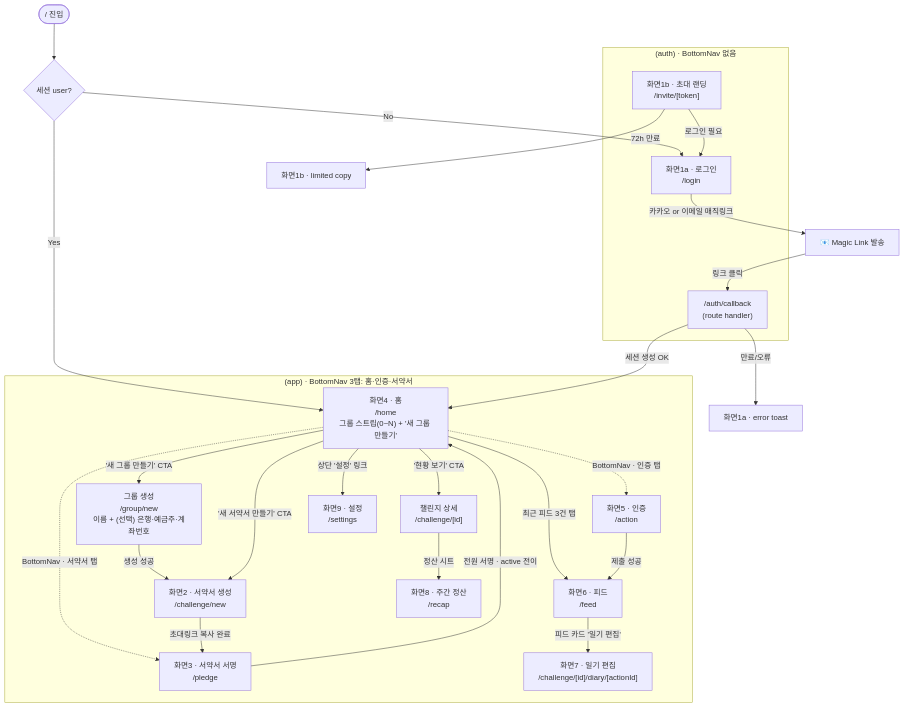
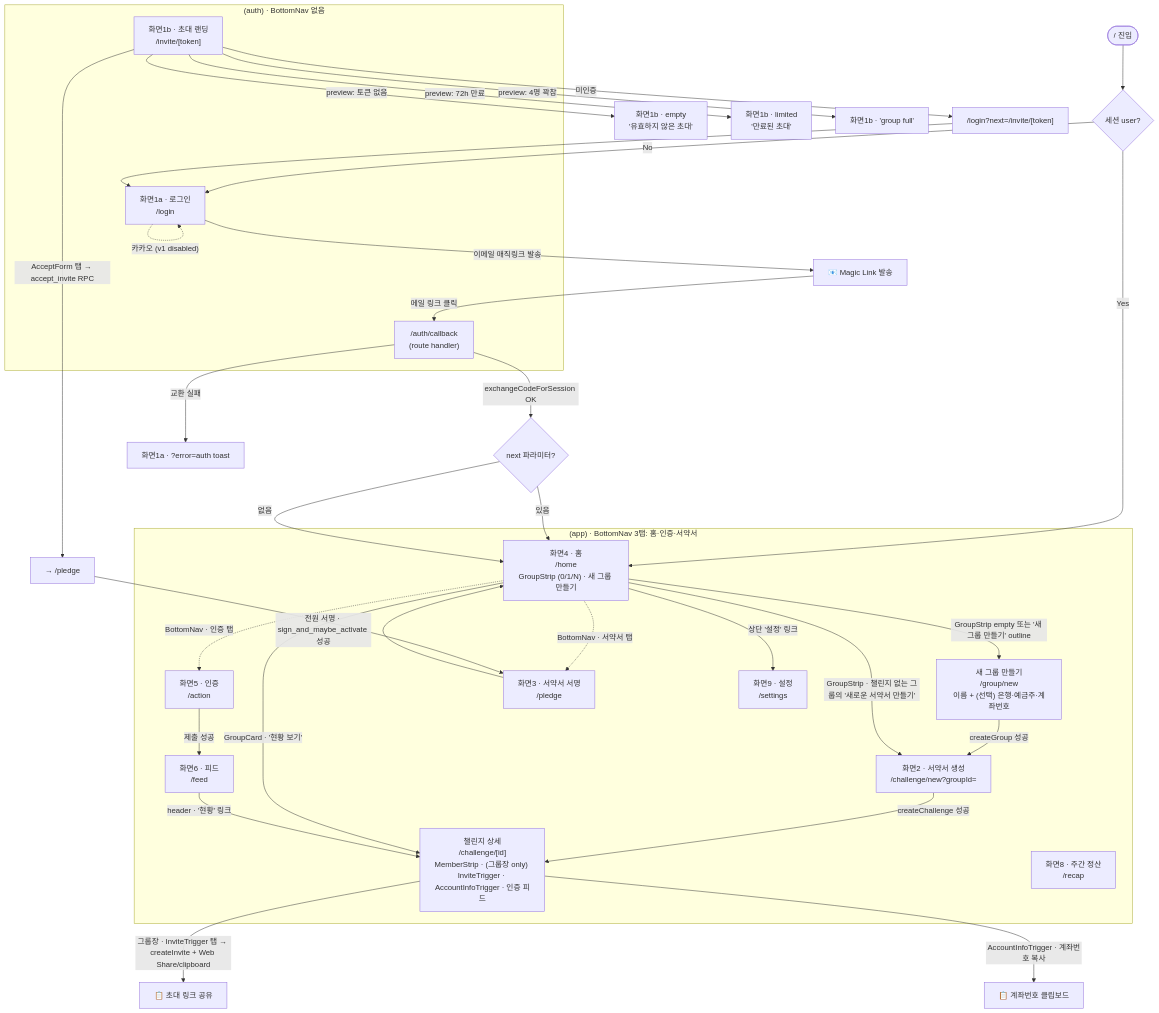
Before and after one commit to pistachio8/with-key-app: the first of 13 diagrams in docs/DESIGN_FLOW.md, drawn with Mermaid. The commit also changed other lines of this file, not shown here.

First line of the commit message:
docs(design-flow): sync v1.1 with multi-group / invite / proxy

````diff
--- a/docs/DESIGN_FLOW.md
+++ b/docs/DESIGN_FLOW.md
@@ -19,48 +28,55 @@
 ```mermaid
 flowchart TD
   Start([/ 진입]) --> RootQ{세션 user?}
   RootQ -->|No| S1a
   RootQ -->|Yes| S4
 
   subgraph Auth["(auth) · BottomNav 없음"]
     S1a["화면1a · 로그인<br/>/login"]
     S1b["화면1b · 초대 랜딩<br/>/invite/[token]"]
     CB["/auth/callback<br/>(route handler)"]
   end
 
-  S1a -- "카카오 or 이메일 매직링크" --> MAIL[📧 Magic Link 발송]
-  MAIL -- "링크 클릭" --> CB
-  CB -- "세션 생성 OK" --> S4
-  CB -- "만료/오류" --> S1aE[화면1a · error toast]
+  S1a -- "이메일 매직링크 발송" --> MAIL[📧 Magic Link 발송]
+  S1a -. "카카오 (v1 disabled)" .-> S1a
+  MAIL -- "메일 링크 클릭" --> CB
+  CB -- "exchangeCodeForSession OK" --> goNext{next 파라미터?}
+  goNext -->|있음| S4
+  goNext -->|없음| S4
+  CB -- "교환 실패" --> S1aE[화면1a · ?error=auth toast]
 
-  S1b -- "로그인 필요" --> S1a
-  S1b -- "72h 만료" --> S1bE[화면1b · limited copy]
+  S1b -- "미인증" --> S1aNext["/login?next=/invite/[token]"]
+  S1aNext --> S1a
+  S1b -- "preview: 토큰 없음" --> S1bEM[화면1b · empty<br/>'유효하지 않은 초대']
+  S1b -- "preview: 72h 만료" --> S1bLT[화면1b · limited<br/>'만료된 초대']
+  S1b -- "preview: 4명 꽉참" --> S1bF[화면1b · 'group full']
+  S1b -- "AcceptForm 탭 → accept_invite RPC" --> goS3pre[→ /pledge]
 
   subgraph App["(app) · BottomNav 3탭: 홈·인증·서약서"]
-    S4["화면4 · 홈<br/>/home<br/>그룹 스트립(0~N) + '새 그룹 만들기'"]
-    SN["그룹 생성<br/>/group/new<br/>이름 + (선택) 은행·예금주·계좌번호"]
+    S4["화면4 · 홈<br/>/home<br/>GroupStrip (0/1/N) · 새 그룹 만들기"]
+    SN["새 그룹 만들기<br/>/group/new<br/>이름 + (선택) 은행·예금주·계좌번호"]
     S5["화면5 · 인증<br/>/action"]
     S3["화면3 · 서약서 서명<br/>/pledge"]
     S6["화면6 · 피드<br/>/feed"]
-    S2["화면2 · 서약서 생성<br/>/challenge/new"]
-    ChD["챌린지 상세<br/>/challenge/[id]"]
-    S7["화면7 · 일기 편집<br/>/challenge/[id]/diary/[actionId]"]
+    S2["화면2 · 서약서 생성<br/>/challenge/new?groupId="]
+    ChD["챌린지 상세<br/>/challenge/[id]<br/>MemberStrip · (그룹장 only) InviteTrigger · AccountInfoTrigger · 인증 피드"]
     S8["화면8 · 주간 정산<br/>/recap"]
     S9["화면9 · 설정<br/>/settings"]
   end
 
   S4 -. "BottomNav · 인증 탭" .-> S5
   S4 -. "BottomNav · 서약서 탭" .-> S3
-  S4 -- "'새 그룹 만들기' CTA" --> SN
-  SN -- "생성 성공" --> S2
-  S4 -- "'새 서약서 만들기' CTA" --> S2
-  S4 -- "최근 피드 3건 탭" --> S6
+  S4 -- "GroupStrip empty 또는 '새 그룹 만들기' outline" --> SN
+  SN -- "createGroup 성공" --> S2
+  S4 -- "GroupStrip · 챌린지 없는 그룹의 '새로운 서약서 만들기'" --> S2
+  S2 -- "createChallenge 성공" --> ChD
+  ChD -- "그룹장 · InviteTrigger 탭 → createInvite + Web Share/clipboard" --> Share[📋 초대 링크 공유]
+  ChD -- "AccountInfoTrigger · 계좌번호 복사" --> Copy[📋 계좌번호 클립보드]
   S4 -- "상단 '설정' 링크" --> S9
-  S4 -- "'현황 보기' CTA" --> ChD
+  S4 -- "GroupCard · '현황 보기'" --> ChD
+  S6 -- "header · '현황' 링크" --> ChD
 
   S5 -- "제출 성공" --> S6
-  S6 -- "피드 카드 '일기 편집'" --> S7
-  ChD -- "정산 시트" --> S8
-  S2 -- "초대링크 복사 완료" --> S3
-  S3 -- "전원 서명 · active 전이" --> S4
+  S3 -- "전원 서명 · sign_and_maybe_activate 성공" --> S4
+  goS3pre --> S3
 ```
````
